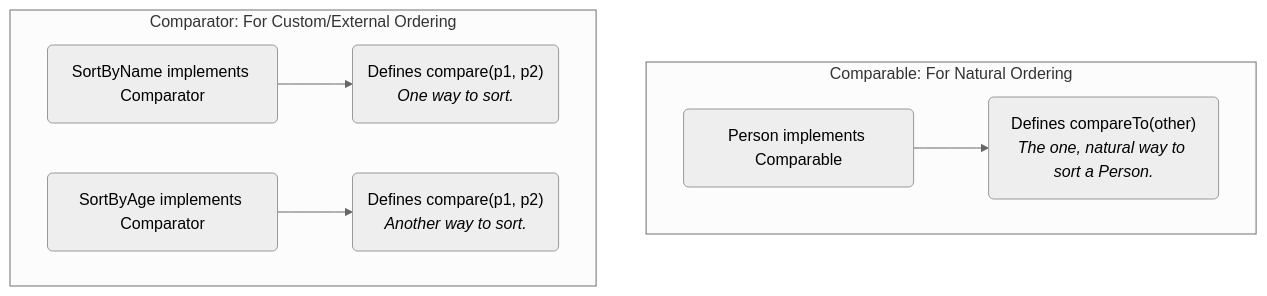
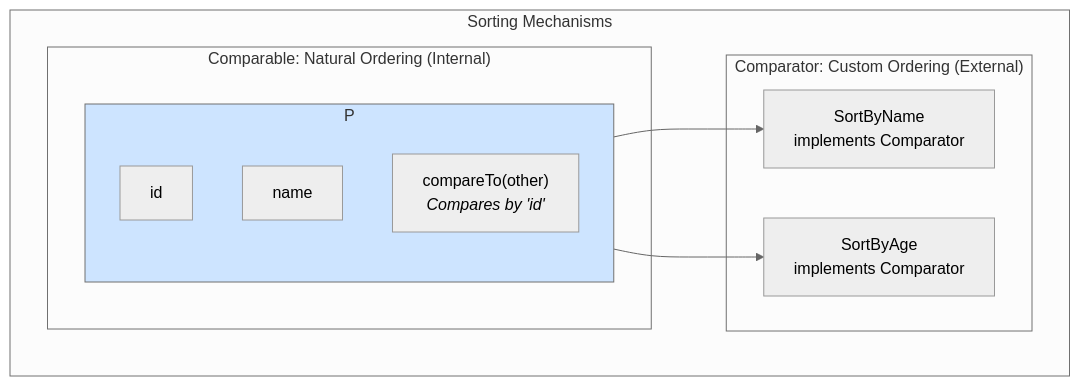
Before and after one commit to abhinandanpawar/Learning: the seventh of 7 diagrams in java-notes/07-Java-Collections-Framework/README.md, drawn with Mermaid (neutral theme). The commit also changed other lines of this file and 9 other files, not shown here.

````diff
--- a/java-notes/07-Java-Collections-Framework/README.md
+++ b/java-notes/07-Java-Collections-Framework/README.md
@@ -111,13 +164,23 @@
 ```mermaid
 graph TD
-    subgraph "Comparable: For Natural Ordering"
-        direction LR
-        A("Person implements Comparable<Person>") --> B("Defines compareTo(other)<br><i>The one, natural way to sort a Person.</i>");
-    end
+    subgraph "Sorting Mechanisms"
+        subgraph "Comparable: Natural Ordering (Internal)"
+            P["Person implements Comparable<Person>"]
+            subgraph P
+                direction TB
+                id[id]
+                name[name]
+                compareTo["compareTo(other)<br><i>Compares by 'id'</i>"]
+            end
+        end
 
-    subgraph "Comparator: For Custom/External Ordering"
-        direction LR
-        C("SortByName implements Comparator<Person>") --> D("Defines compare(p1, p2)<br><i>One way to sort.</i>");
-        E("SortByAge implements Comparator<Person>") --> F("Defines compare(p1, p2)<br><i>Another way to sort.</i>");
+        subgraph "Comparator: Custom Ordering (External)"
+            SBN["SortByName<br>implements Comparator<Person>"]
+            SBA["SortByAge<br>implements Comparator<Person>"]
+            P --> SBN
+            P --> SBA
+        end
+
+        style P fill:#cde4ff
     end
 ```
````
